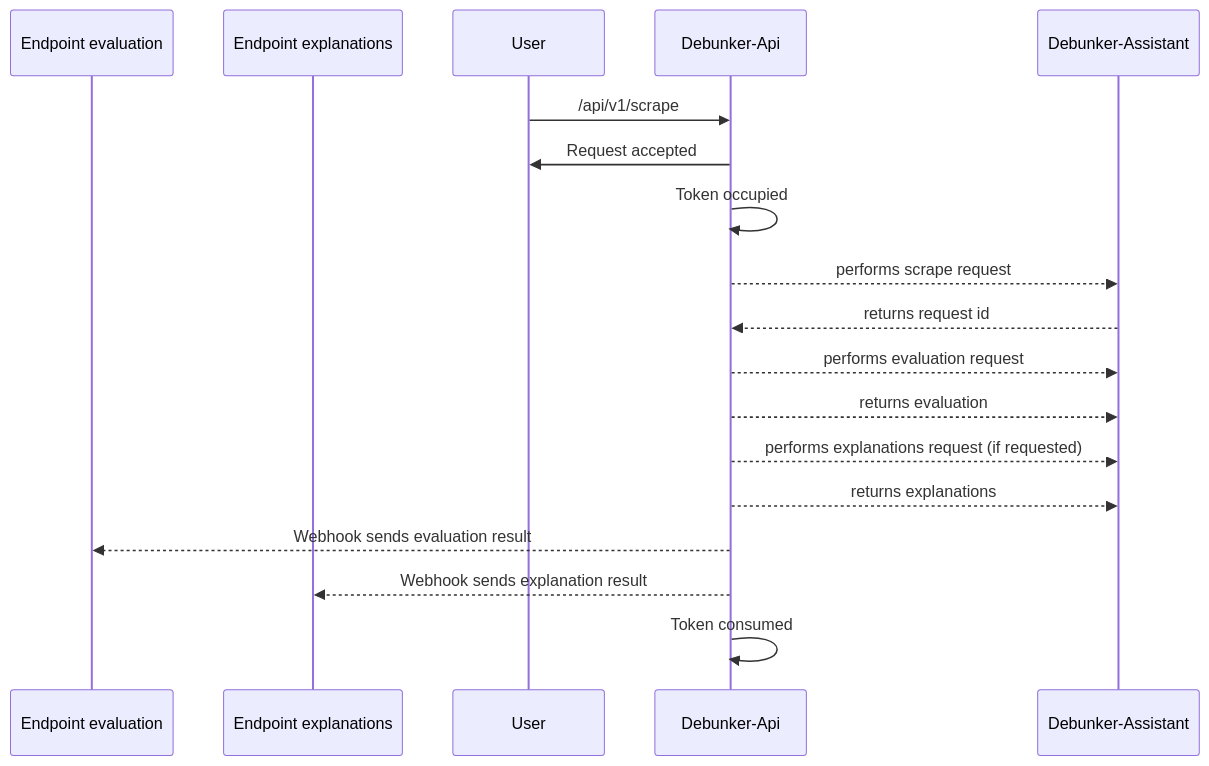
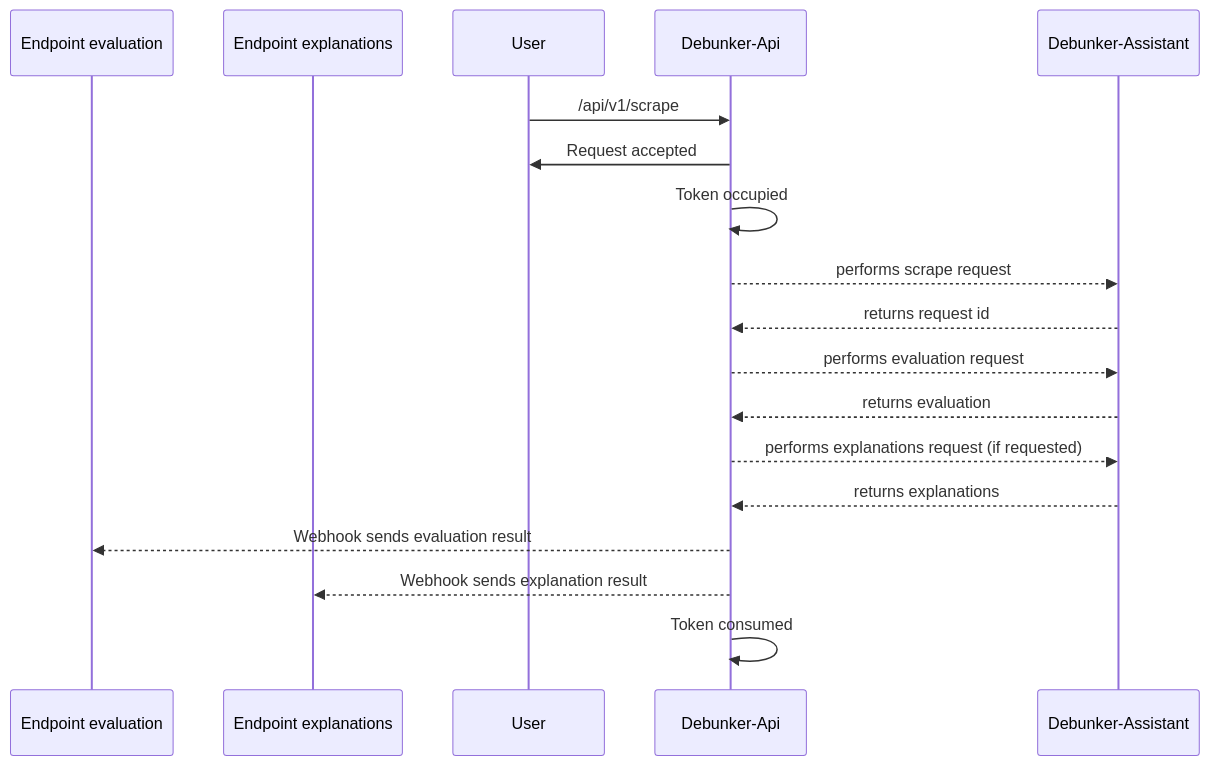
One commit to aequa-tech/debunker-api changed the diagram in README.md. Above: the diagram before and after it, drawn with Mermaid.

Commit message:
Fix arrows in Readme.md

````diff
--- a/README.md
+++ b/README.md
@@ -38,19 +38,19 @@
 ```mermaid
   sequenceDiagram
   participant Endpoint evaluation
   participant Endpoint explanations
 
   User->>Debunker-Api: /api/v1/scrape
   Debunker-Api->>User: Request accepted
   Debunker-Api->>Debunker-Api: Token occupied
   Debunker-Api-->>Debunker-Assistant: performs scrape request
   Debunker-Assistant-->>Debunker-Api: returns request id
   Debunker-Api-->>Debunker-Assistant: performs evaluation request
-  Debunker-Api-->>Debunker-Assistant: returns evaluation
+  Debunker-Assistant-->>Debunker-Api: returns evaluation
   Debunker-Api-->>Debunker-Assistant: performs explanations request (if requested)
-  Debunker-Api-->>Debunker-Assistant: returns explanations
+  Debunker-Assistant-->>Debunker-Api: returns explanations
 
   Debunker-Api-->>Endpoint evaluation: Webhook sends evaluation result
   Debunker-Api-->>Endpoint explanations: Webhook sends explanation result
   Debunker-Api->>Debunker-Api: Token consumed
 ```
````
